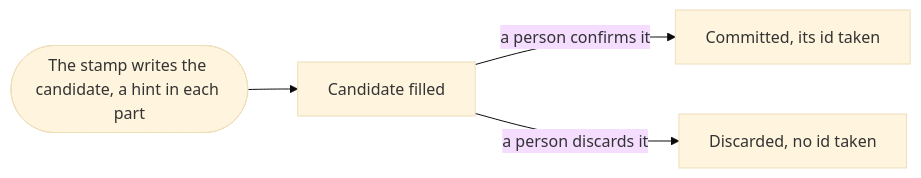
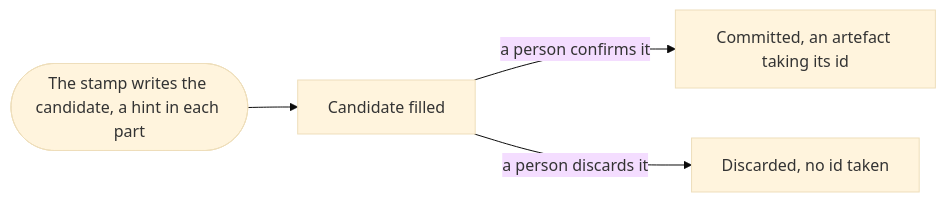
One commit to aleskalfas/project-kit changed the second of 2 diagrams in tech-docs/analysis/software-analysis/domain-model/030-kinds-and-structures.md. Above: the diagram before and after it, drawn with Mermaid (base theme). The commit also changed other lines of this file and 34 other files, not shown here.

````diff
--- a/tech-docs/analysis/software-analysis/domain-model/030-kinds-and-structures.md
+++ b/tech-docs/analysis/software-analysis/domain-model/030-kinds-and-structures.md
@@ -55,8 +56,8 @@
 ```mermaid
 flowchart LR
   accTitle: How a candidate moves
-  accDescr: The stamp writes a candidate with a hint in each part. A writer fills the parts and deletes the hints. A person confirms the candidate, which is committed and takes its id, or discards it.
+  accDescr: The stamp writes a candidate with a hint in each part. A writer fills the parts and deletes the hints. A person confirms the candidate or discards it. A confirmed candidate is committed, and one that is an artefact takes its id.
   stamped([The stamp writes the candidate, a hint in each part]) --> filled[Candidate filled]
-  filled -->|a person confirms it| committed[Committed, its id taken]
+  filled -->|a person confirms it| committed[Committed, an artefact taking its id]
   filled -->|a person discards it| discarded[Discarded, no id taken]
 ```
````
